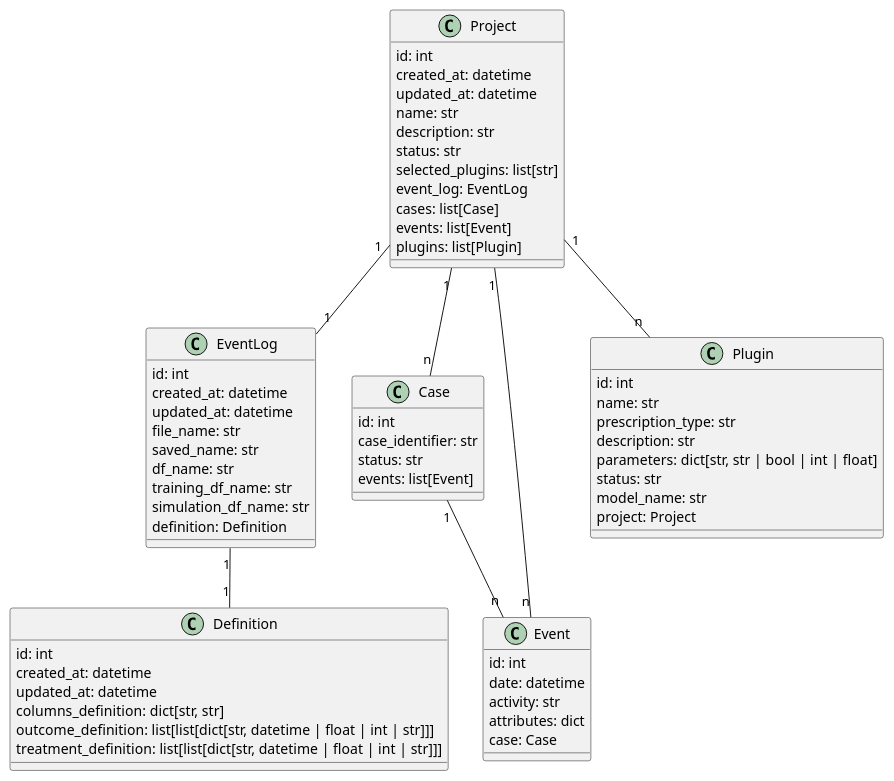
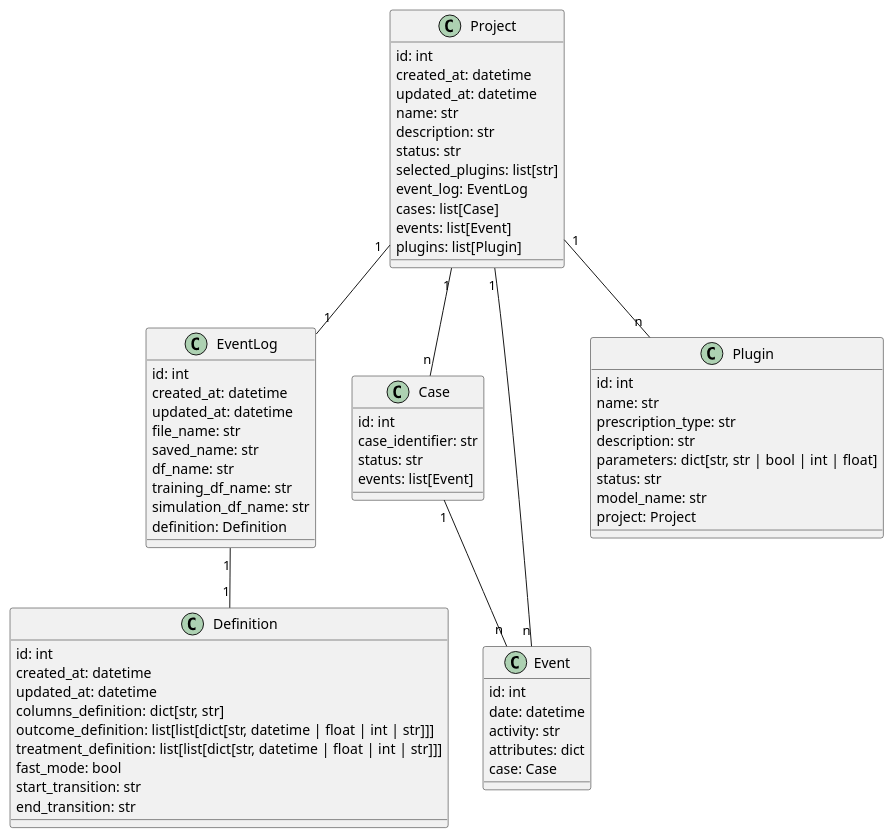
Before and after one commit to prcore/prcore: the diagram in docs/core-classes.plantuml, drawn with PlantUML. The commit also changed 11 other files, not shown here.

Commit message:
Provide fast mode

```diff
--- a/docs/core-classes.plantuml
+++ b/docs/core-classes.plantuml
@@ -1,71 +1,74 @@
 @startuml core-classes
 
 class EventLog {
     id: int
     created_at: datetime
     updated_at: datetime
     file_name: str
     saved_name: str
     df_name: str
     training_df_name: str
     simulation_df_name: str
     definition: Definition
 }
 
 class Definition {
     id: int
     created_at: datetime
     updated_at: datetime
     columns_definition: dict[str, str]
     outcome_definition: list[list[dict[str, datetime | float | int | str]]]
     treatment_definition: list[list[dict[str, datetime | float | int | str]]]
+    fast_mode: bool
+    start_transition: str
+    end_transition: str
 }
 
 class Project {
     id: int
     created_at: datetime
     updated_at: datetime
     name: str
     description: str
     status: str
     selected_plugins: list[str]
     event_log: EventLog
     cases: list[Case]
     events: list[Event]
     plugins: list[Plugin]
 }
 
 class Case{
     id: int
     case_identifier: str
     status: str
     events: list[Event]
 }
 
 class Event{
     id: int
     date: datetime
     activity: str
     attributes: dict
     case: Case
 }
 
 class Plugin {
     id: int
     name: str
     prescription_type: str
     description: str
     parameters: dict[str, str | bool | int | float]
     status: str
     model_name: str
     project: Project
 }
 
 EventLog "1" -- "1" Definition
 Project "1" -- "1" EventLog
 Project "1" -- "n" Case
 Project "1" -- "n" Event
 Case "1" -- "n" Event
 Project "1" -- "n" Plugin
 
 @enduml
```
